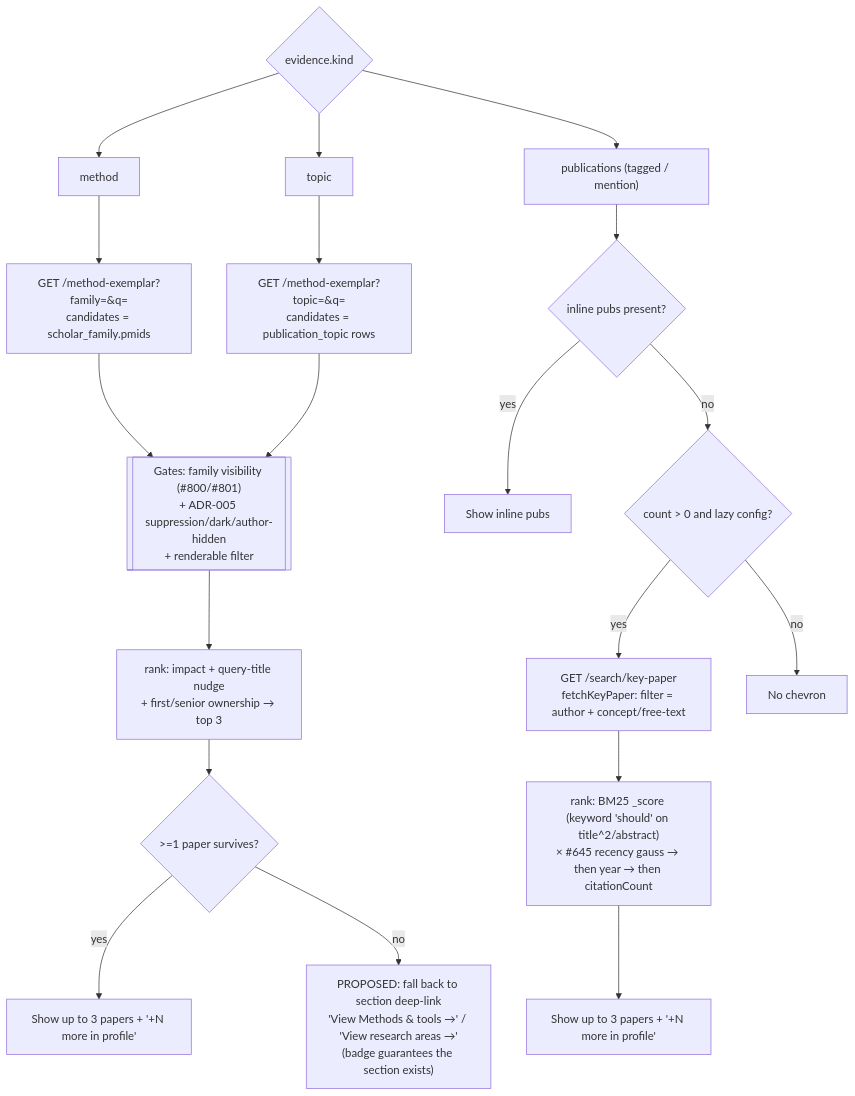
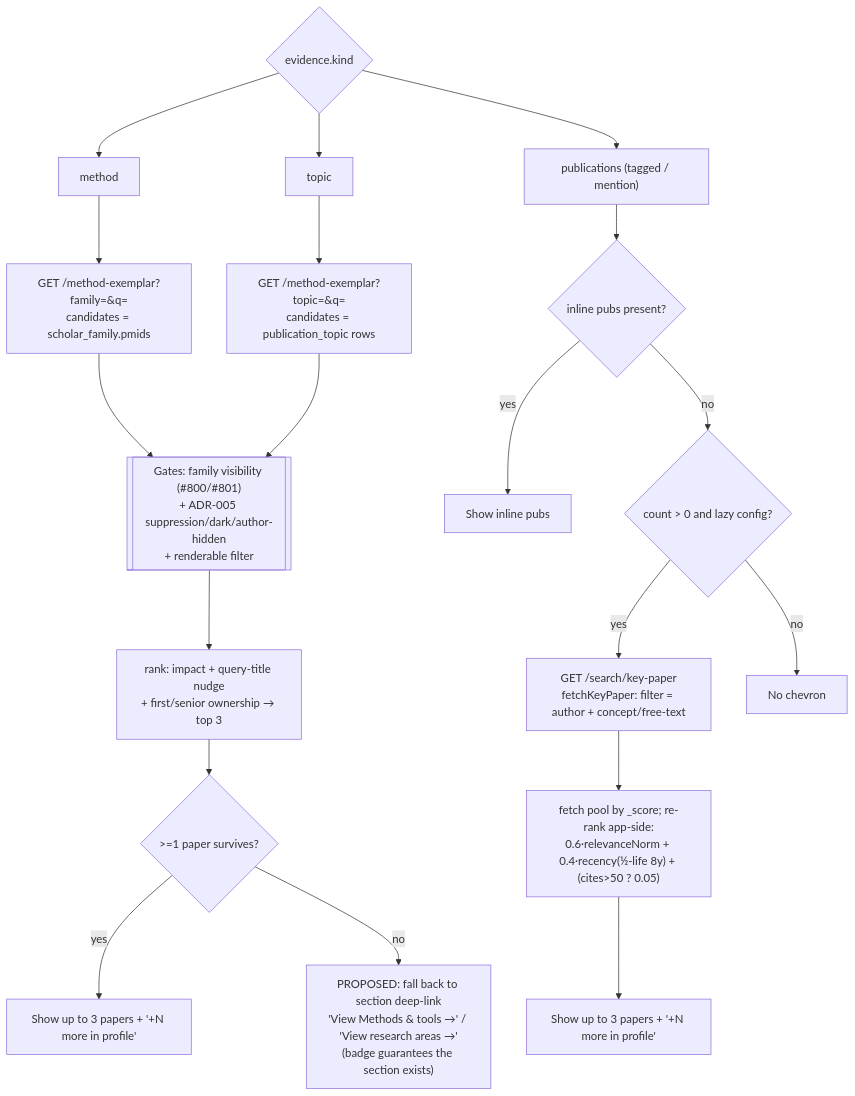
Before and after one commit to wcmc-its/Scholars-Profile-System: the second of 2 diagrams in docs/search-card-snippet-decision.md, drawn with Mermaid. The commit also changed other lines of this file and 2 other files, not shown here.

````diff
--- a/docs/search-card-snippet-decision.md
+++ b/docs/search-card-snippet-decision.md
@@ -70,23 +70,23 @@
 ```mermaid
 flowchart TD
     K{evidence.kind} --> KM[method]
     K --> KT[topic]
     K --> KP["publications (tagged / mention)"]
 
     KM --> EM["GET /method-exemplar?family=&q=<br/>candidates = scholar_family.pmids"]
     KT --> ET["GET /method-exemplar?topic=&q=<br/>candidates = publication_topic rows"]
     EM --> G[["Gates: family visibility (#800/#801)<br/>+ ADR-005 suppression/dark/author-hidden<br/>+ renderable filter"]]
     ET --> G
     G --> RR["rank: impact + query-title nudge<br/>+ first/senior ownership → top 3"]
     RR --> NE{>=1 paper survives?}
     NE -- yes --> SHOW3[Show up to 3 papers + '+N more in profile']
     NE -- no --> FB["PROPOSED: fall back to section deep-link<br/>'View Methods & tools →' / 'View research areas →'<br/>(badge guarantees the section exists)"]
 
     KP --> PC{inline pubs present?}
     PC -- yes --> SHOWi[Show inline pubs]
     PC -- no --> PCNT{count > 0 and lazy config?}
     PCNT -- yes --> EK["GET /search/key-paper<br/>fetchKeyPaper: filter = author + concept/free-text"]
     PCNT -- no --> NOCH[No chevron]
-    EK --> RK["rank: BM25 _score (keyword 'should' on title^2/abstract)<br/>× #645 recency gauss → then year → then citationCount"]
+    EK --> RK["fetch pool by _score; re-rank app-side:<br/>0.6·relevanceNorm + 0.4·recency(½-life 8y) + (cites>50 ? 0.05)"]
     RK --> SHOWk[Show up to 3 papers + '+N more in profile']
 ```
````
